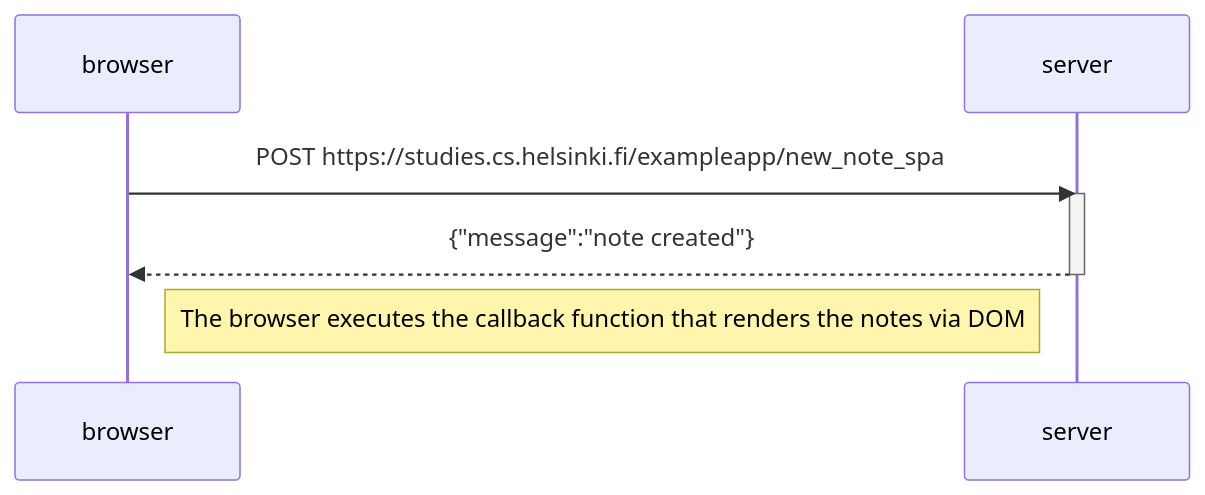
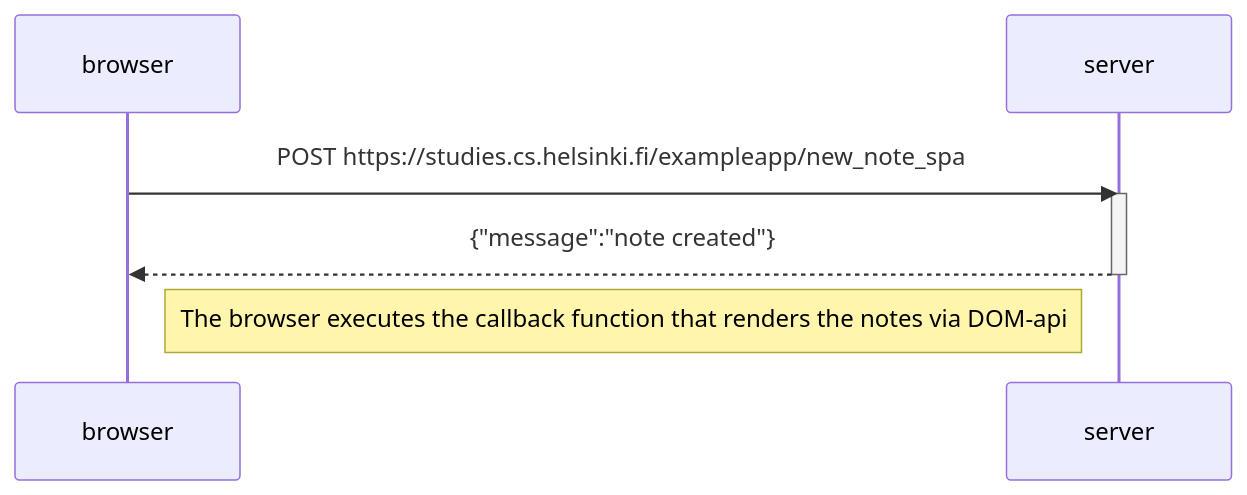
One commit to z0nsk1/FullStackOpen23 changed the diagram in osa0/0.6_sekvenssikaavio.md. Above: the diagram before and after it, drawn with Mermaid.

````diff
--- a/osa0/0.6_sekvenssikaavio.md
+++ b/osa0/0.6_sekvenssikaavio.md
@@ -1,12 +1,12 @@
 ```mermaid
 sequenceDiagram
   participant browser
   participant server
 
   browser->>server: POST https://studies.cs.helsinki.fi/exampleapp/new_note_spa
   activate server
   server-->>browser: {"message":"note created"}
   deactivate server
 
-  Note right of browser: The browser executes the callback function that renders the notes via DOM
+  Note right of browser: The browser executes the callback function that renders the notes via DOM-api
 ```
````
